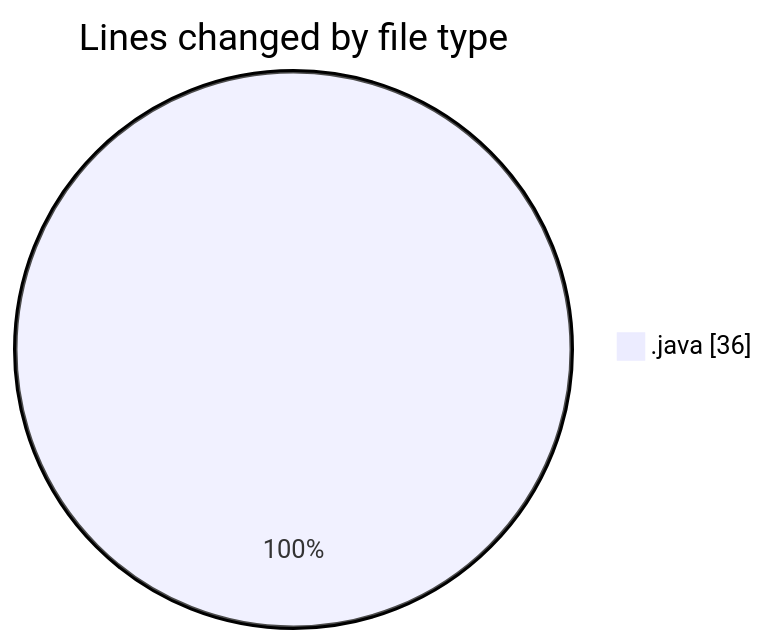
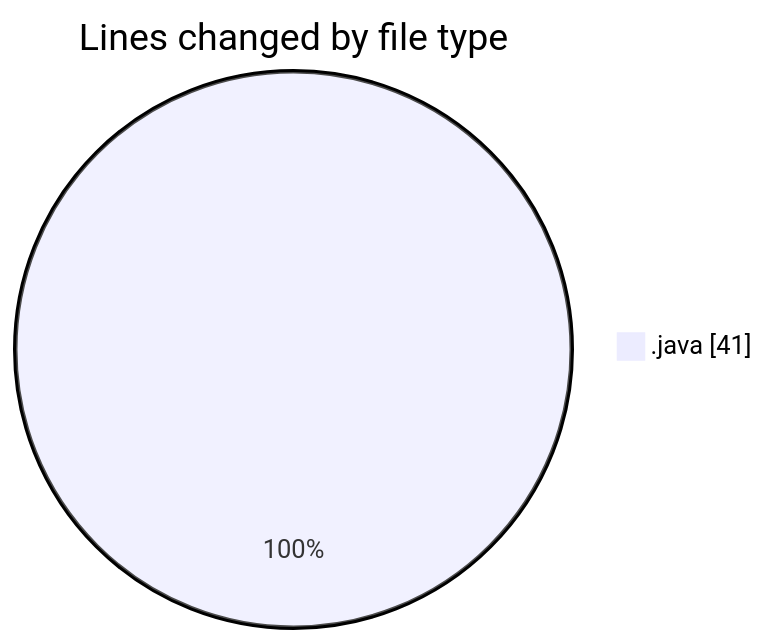
Before and after one commit to hasnaa123/code-tracking: the first of 2 diagrams in 2026-04-09/chat_server/README.md, drawn with Mermaid. The commit also changed other lines of this file and 1 other file, not shown here.

````diff
--- a/2026-04-09/chat_server/README.md
+++ b/2026-04-09/chat_server/README.md
@@ -21,5 +21,5 @@
 ```mermaid
 pie showData
 title Lines changed by file type
-".java" : 36
+".java" : 41
 ```
````
